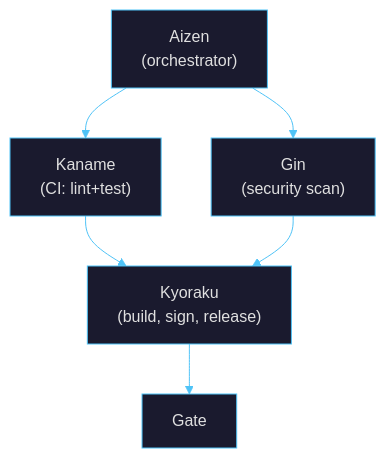
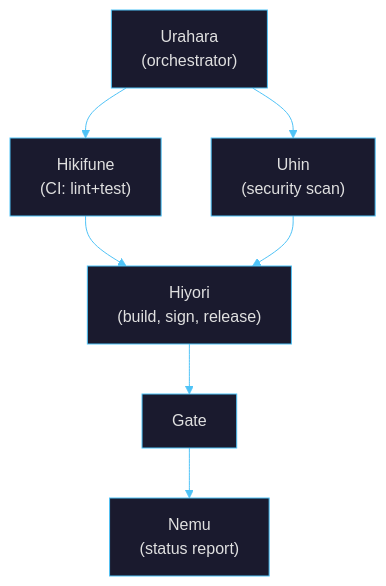
Before and after one commit to borninthedark/exousia: the second of 2 diagrams in README.md, drawn with Mermaid. The commit also changed other lines of this file and 11 other files, not shown here.

````diff
--- a/README.md
+++ b/README.md
@@ -92,9 +93,9 @@
 ```mermaid
 %%{init: {'theme': 'base', 'themeVariables': {'primaryColor': '#1a1a2e', 'primaryTextColor': '#e0e0e0', 'primaryBorderColor': '#4fc3f7', 'lineColor': '#4fc3f7', 'secondaryColor': '#16213e', 'tertiaryColor': '#0f3460', 'edgeLabelBackground': '#1a1a2e'}}}%%
 graph TD
-    A["Aizen<br/>(orchestrator)"] --> B["Kaname<br/>(CI: lint+test)"]
-    A --> C["Gin<br/>(security scan)"]
-    B --> D["Kyoraku<br/>(build, sign, release)"]
-    C --> D
+    A["Urahara<br/>(orchestrator)"] --> B["Hikifune<br/>(CI: lint+test)"]
+    A --> C["Uhin<br/>(security scan)"]
+    B & C --> D["Hiyori<br/>(build, sign, release)"]
     D --> E["Gate"]
+    E --> F["Nemu<br/>(status report)"]
 ```
````
